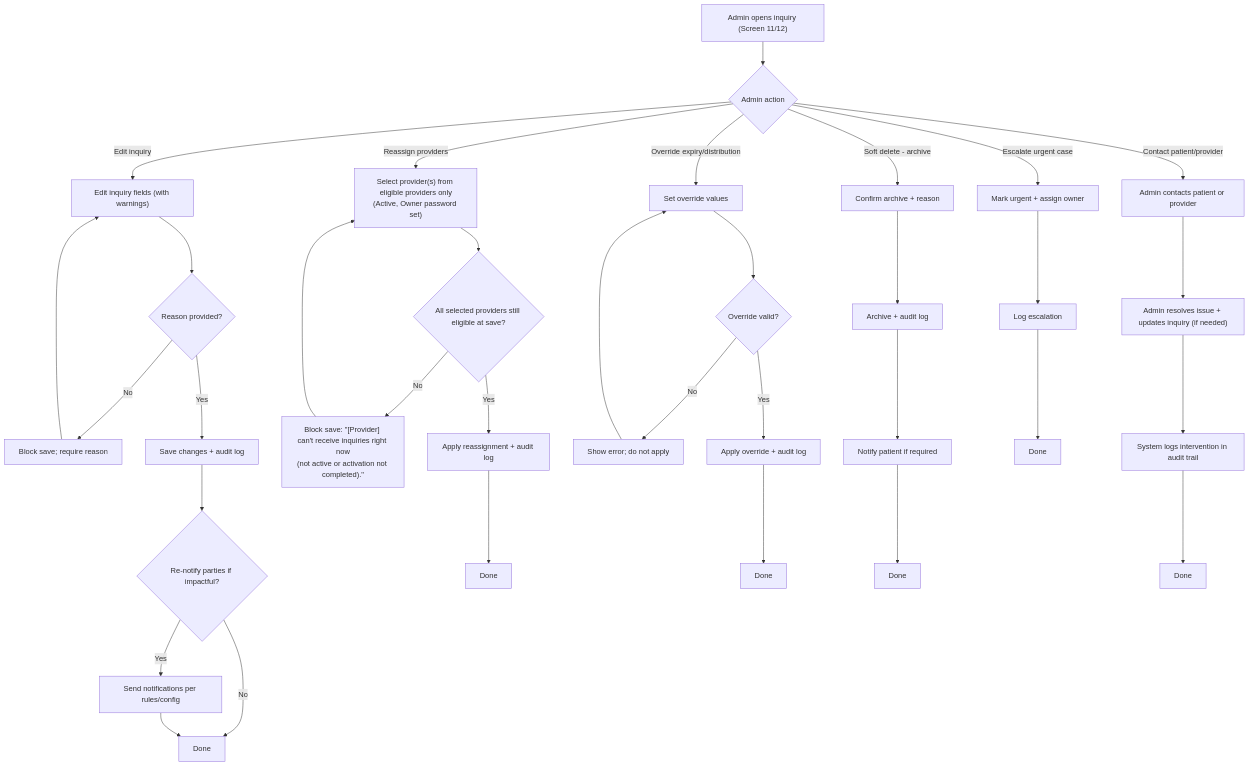
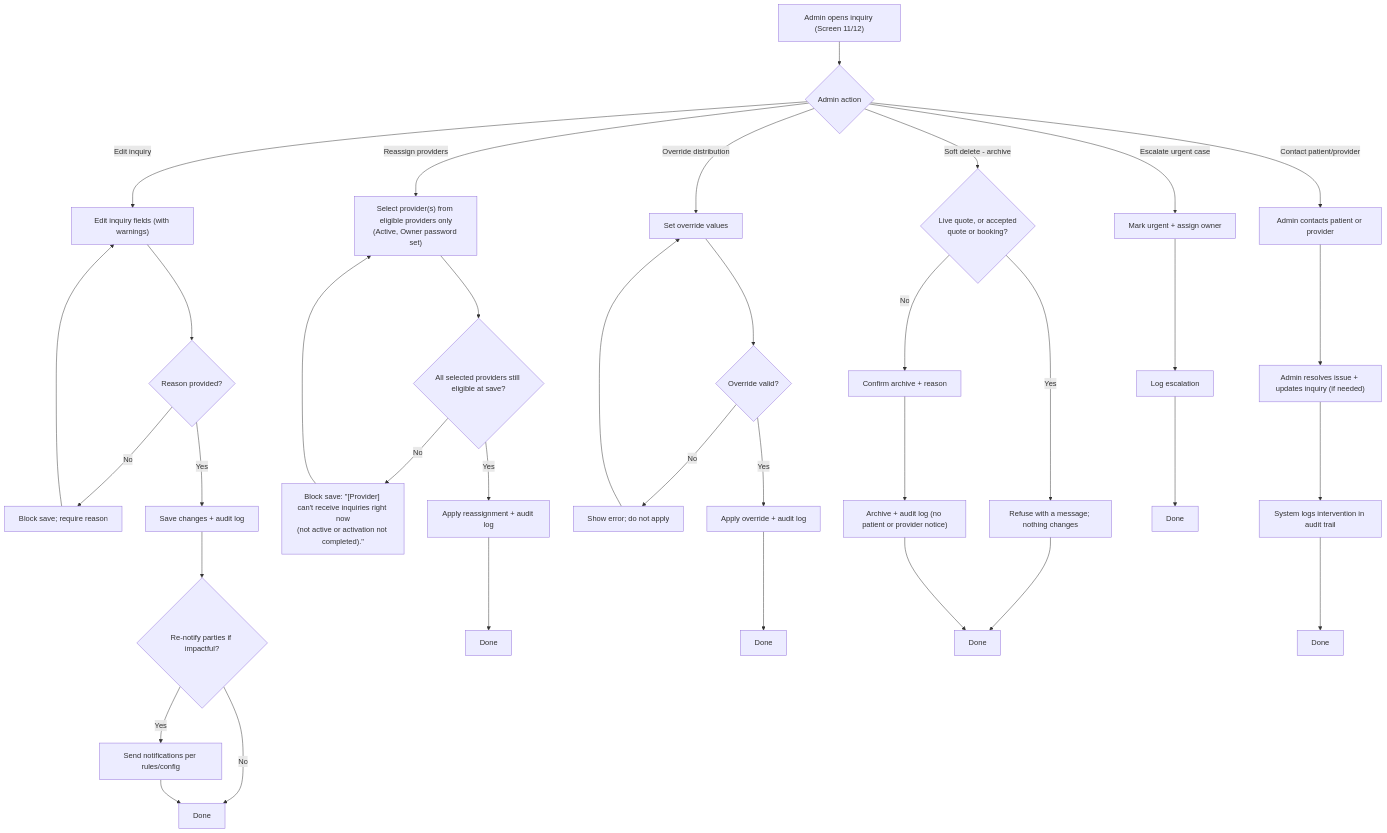
One commit to joachimtrungtuan/hairline-pm-docs changed diagram 12 of 15 in project-requirements/functional-requirements/fr003-inquiry-submission/prd.md. Above: the diagram before and after it, drawn with Mermaid. The commit also changed other lines of this file and 5 other files, not shown here.

Commit message:
docs(fr003): apply logic review pass 1 fixes to PRD and graph

````diff
--- a/project-requirements/functional-requirements/fr003-inquiry-submission/prd.md
+++ b/project-requirements/functional-requirements/fr003-inquiry-submission/prd.md
@@ -339,33 +346,35 @@
 ```mermaid
 flowchart TD
     Start["Admin opens inquiry (Screen 11/12)"] --> Choose{"Admin action"}
 
     Choose -->|Edit inquiry| Edit["Edit inquiry fields (with warnings)"]
     Edit --> Reason1{"Reason provided?"}
     Reason1 -->|No| Block1["Block save; require reason"] --> Edit
     Reason1 -->|Yes| Audit1["Save changes + audit log"]
     Audit1 --> Renotify{"Re-notify parties if impactful?"}
     Renotify -->|Yes| Send1["Send notifications per rules/config"]
     Renotify -->|No| Done1["Done"]
     Send1 --> Done1
 
     Choose -->|Reassign providers| Reassign["Select provider(s) from eligible providers only<br/>(Active, Owner password set)"]
     Reassign --> StillOk{"All selected providers still eligible at save?"}
     StillOk -->|No| BlockSave["Block save: &quot;[Provider] can't receive inquiries right now<br/>(not active or activation not completed).&quot;"] --> Reassign
     StillOk -->|Yes| Audit2["Apply reassignment + audit log"] --> Done2["Done"]
 
-    Choose -->|Override expiry/distribution| Override["Set override values"]
+    Choose -->|Override distribution| Override["Set override values"]
     Override --> Valid{"Override valid?"}
     Valid -->|No| OverrideErr["Show error; do not apply"] --> Override
     Valid -->|Yes| Audit3["Apply override + audit log"] --> Done3["Done"]
 
-    Choose -->|Soft delete - archive| Archive["Confirm archive + reason"]
-    Archive --> Audit4["Archive + audit log"] --> Notify["Notify patient if required"] --> Done4["Done"]
+    Choose -->|Soft delete - archive| Guard{"Live quote, or accepted<br/>quote or booking?"}
+    Guard -->|Yes| Refuse["Refuse with a message; nothing changes"] --> Done4["Done"]
+    Guard -->|No| Archive["Confirm archive + reason"]
+    Archive --> Audit4["Archive + audit log (no patient or provider notice)"] --> Done4
 
     Choose -->|Escalate urgent case| Esc["Mark urgent + assign owner"]
     Esc --> Audit5["Log escalation"] --> Done5["Done"]
 
     Choose -->|Contact patient/provider| Contact["Admin contacts patient or provider"]
     Contact --> Resolve["Admin resolves issue + updates inquiry (if needed)"]
     Resolve --> Audit6["System logs intervention in audit trail"] --> Done6["Done"]
 ```
````
